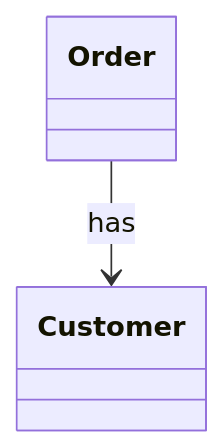
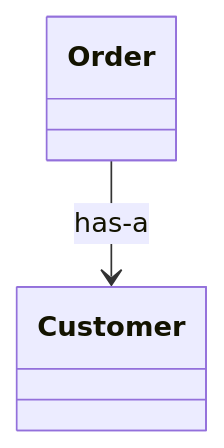
Diagram 15 of 18 in exam-prep/exam1-study-guide.md (jeff-adkisson/swe-4743-spring-2026-oo-design), drawn with Mermaid before and after one commit. The commit also changed other lines of this file, not shown here.

````diff
--- a/exam-prep/exam1-study-guide.md
+++ b/exam-prep/exam1-study-guide.md
@@ -600,9 +621,9 @@
 ```mermaid
 classDiagram
 direction TB
 
 class Order
 class Customer
 
-Order --> Customer : has
+Order --> Customer : has-a
 ```
````
